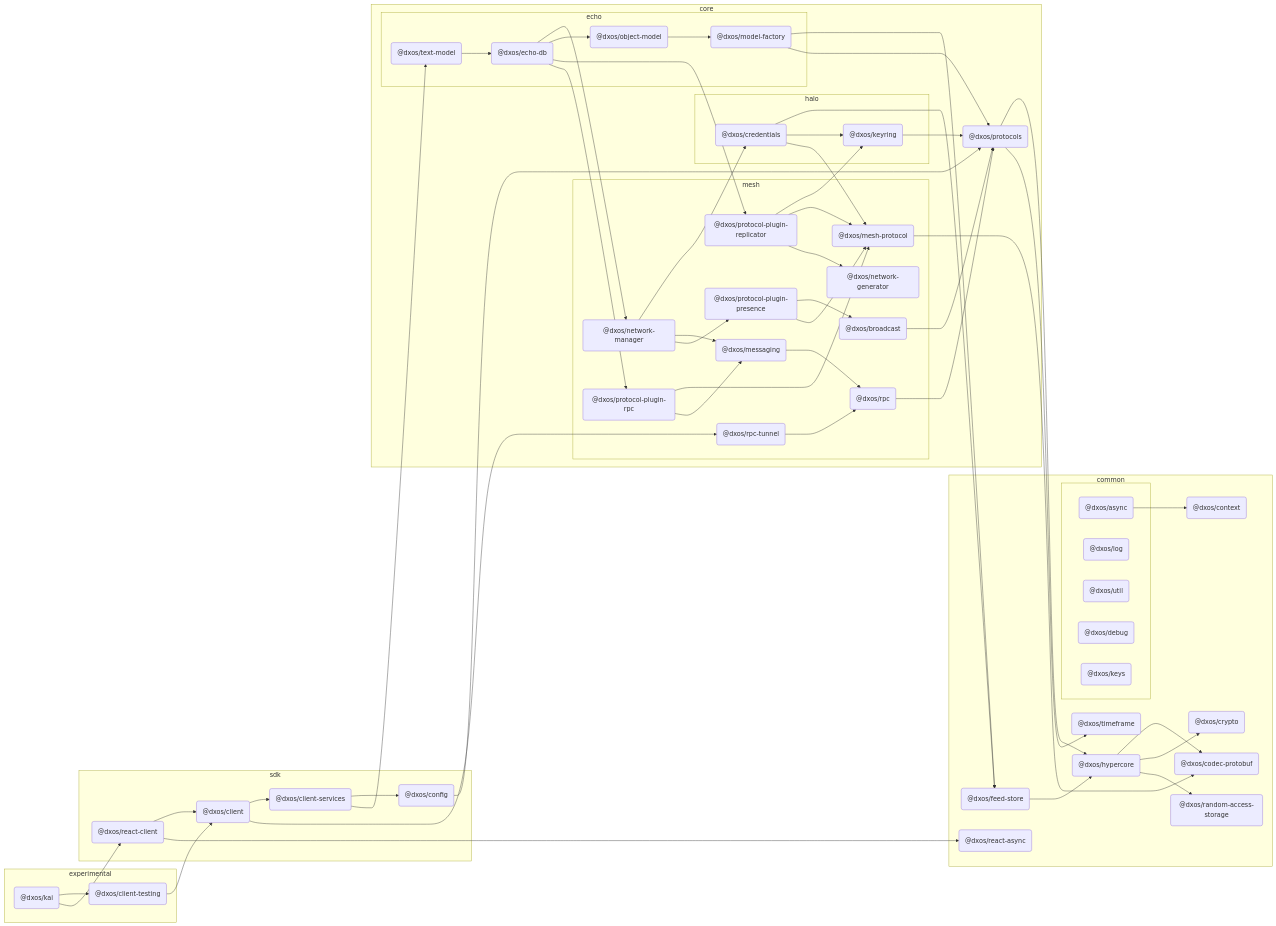
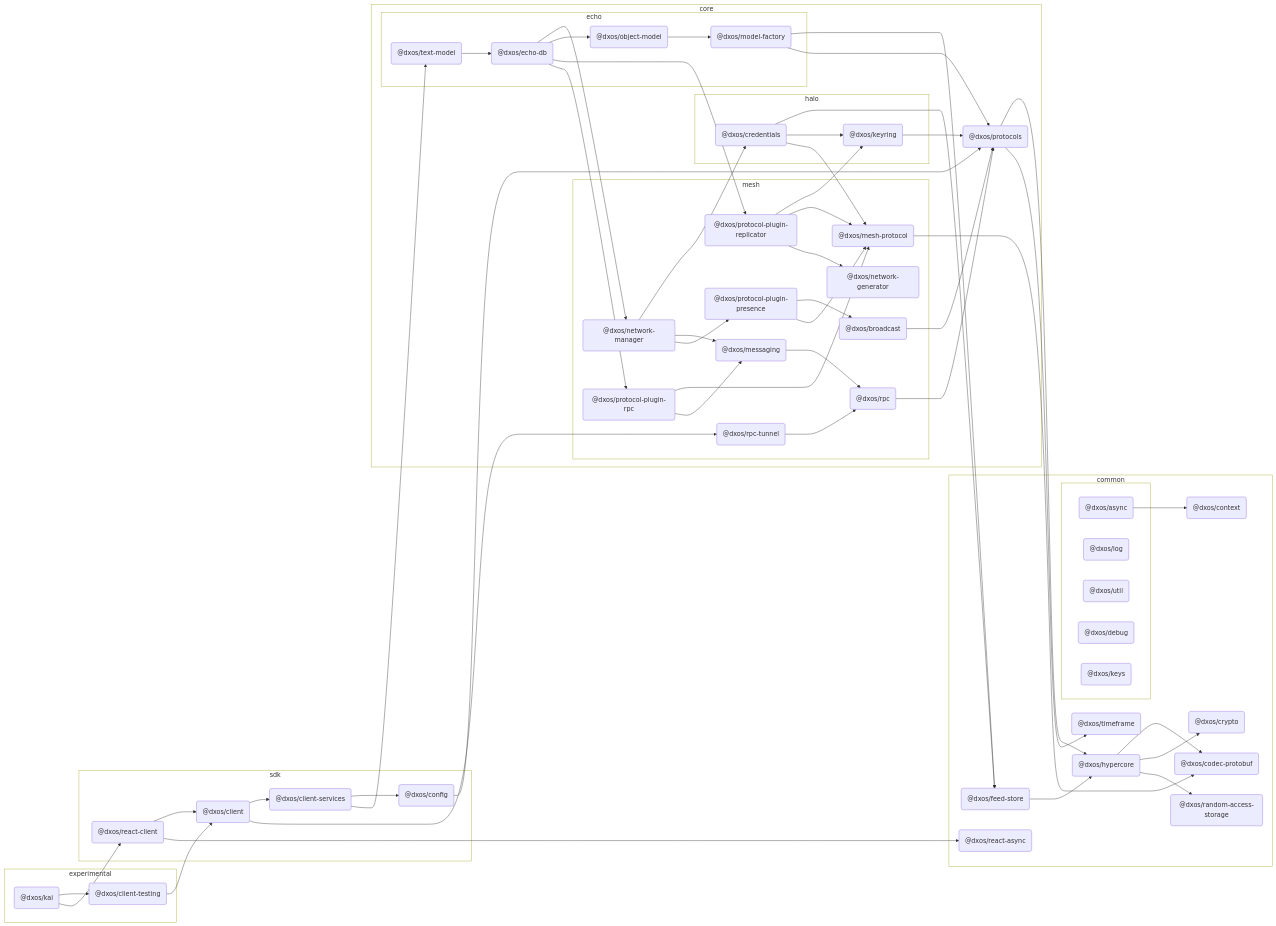
The diagram in packages/experimental/kai/docs/README.md (dxos/dxos), drawn with Mermaid before and after one commit. The commit also changed 80 other files, not shown here.

```diff
--- a/packages/experimental/kai/docs/README.md
+++ b/packages/experimental/kai/docs/README.md
@@ -9,9 +9,14 @@
 
 flowchart LR
 
+%% Classes
+
+
+
 %% Nodes
 
 subgraph experimental [experimental]
+  style experimental fill:transparent
   dxos/kai("@dxos/kai"):::root
   click dxos/kai "dxos/dxos/tree/main/packages/experimental/kai/docs"
   dxos/client-testing("@dxos/client-testing"):::def
@@ -19,6 +24,7 @@
 end
 
 subgraph common [common]
+  style common fill:transparent
   dxos/context("@dxos/context"):::def
   click dxos/context "dxos/dxos/tree/main/packages/common/context/docs"
   dxos/codec-protobuf("@dxos/codec-protobuf"):::def
@@ -37,6 +43,7 @@
   click dxos/react-async "dxos/dxos/tree/main/packages/common/react-async/docs"
 
   subgraph _ [ ]
+    style _ fill:transparent
     dxos/async("@dxos/async"):::def
     click dxos/async "dxos/dxos/tree/main/packages/common/async/docs"
     dxos/log("@dxos/log"):::def
@@ -51,6 +58,7 @@
 end
 
 subgraph sdk [sdk]
+  style sdk fill:transparent
   dxos/client("@dxos/client"):::def
   click dxos/client "dxos/dxos/tree/main/packages/sdk/client/docs"
   dxos/client-services("@dxos/client-services"):::def
@@ -62,10 +70,12 @@
 end
 
 subgraph core [core]
+  style core fill:transparent
   dxos/protocols("@dxos/protocols"):::def
   click dxos/protocols "dxos/dxos/tree/main/packages/core/protocols/docs"
 
   subgraph halo [halo]
+    style halo fill:transparent
     dxos/credentials("@dxos/credentials"):::def
     click dxos/credentials "dxos/dxos/tree/main/packages/core/halo/credentials/docs"
     dxos/keyring("@dxos/keyring"):::def
@@ -73,6 +83,7 @@
   end
 
   subgraph mesh [mesh]
+    style mesh fill:transparent
     dxos/mesh-protocol("@dxos/mesh-protocol"):::def
     click dxos/mesh-protocol "dxos/dxos/tree/main/packages/core/mesh/mesh-protocol/docs"
     dxos/messaging("@dxos/messaging"):::def
@@ -96,6 +107,7 @@
   end
 
   subgraph echo [echo]
+    style echo fill:transparent
     dxos/echo-db("@dxos/echo-db"):::def
     click dxos/echo-db "dxos/dxos/tree/main/packages/core/echo/echo-db/docs"
     dxos/model-factory("@dxos/model-factory"):::def
@@ -108,7 +120,6 @@
 end
 
 %% Links
-linkStyle default stroke:#333,stroke-width:1px
 dxos/async --> dxos/context
 dxos/client --> dxos/client-services
 dxos/client-services --> dxos/config
```
